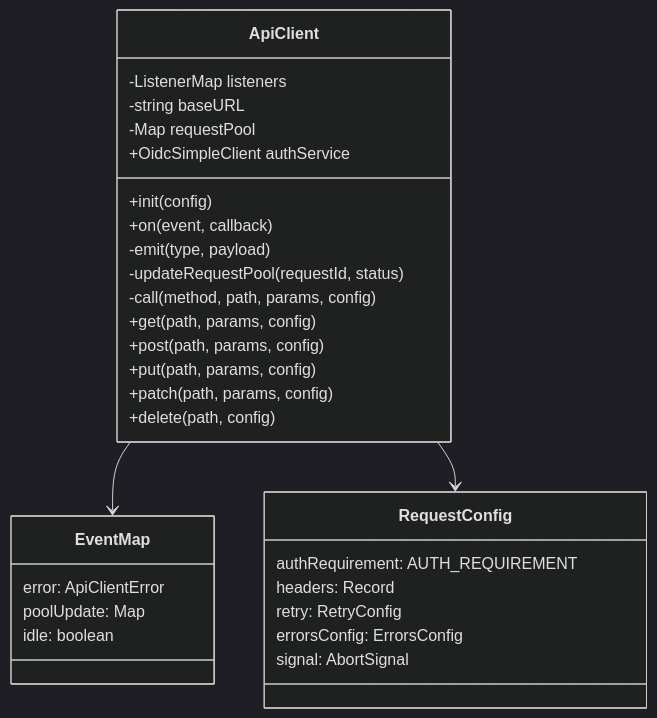
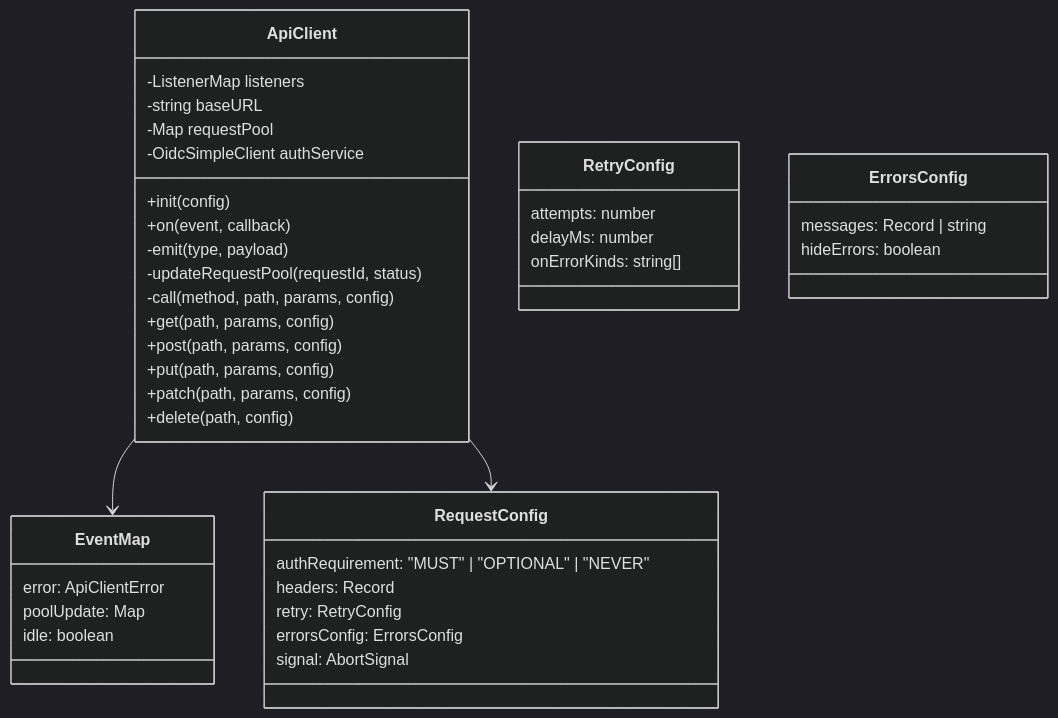
One commit to konturio/disaster-ninja-fe changed the first of 2 diagrams in src/core/api_client/readme.md. Above: the diagram before and after it, drawn with Mermaid (dark theme). The commit also changed other lines of this file and 16 other files, not shown here.

Commit message:
refactor(apiClient): remove default authRequirement from API calls, fix docs

````diff
--- a/src/core/api_client/readme.md
+++ b/src/core/api_client/readme.md
@@ -17,36 +17,47 @@
 ```mermaid
 classDiagram
     class ApiClient {
         -ListenerMap listeners
         -string baseURL
         -Map requestPool
-        +OidcSimpleClient authService
+        -OidcSimpleClient authService
         +init(config)
         +on(event, callback)
         -emit(type, payload)
         -updateRequestPool(requestId, status)
         -call(method, path, params, config)
         +get(path, params, config)
         +post(path, params, config)
         +put(path, params, config)
         +patch(path, params, config)
         +delete(path, config)
     }
 
     class EventMap {
         error: ApiClientError
         poolUpdate: Map<string, string>
         idle: boolean
     }
 
     class RequestConfig {
-        authRequirement: AUTH_REQUIREMENT
+        authRequirement: "MUST" | "OPTIONAL" | "NEVER"
         headers: Record<string, string>
         retry: RetryConfig
         errorsConfig: ErrorsConfig
         signal: AbortSignal
     }
 
+    class RetryConfig {
+        attempts: number
+        delayMs: number
+        onErrorKinds: string[]
+    }
+
+    class ErrorsConfig {
+        messages: Record<number, string> | string
+        hideErrors: boolean
+    }
+
     ApiClient --> EventMap
     ApiClient --> RequestConfig
 ```
````
